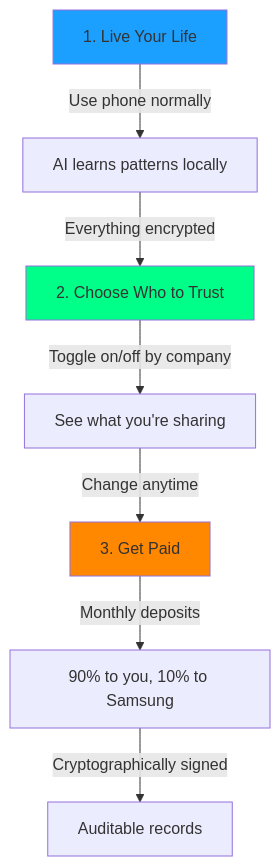
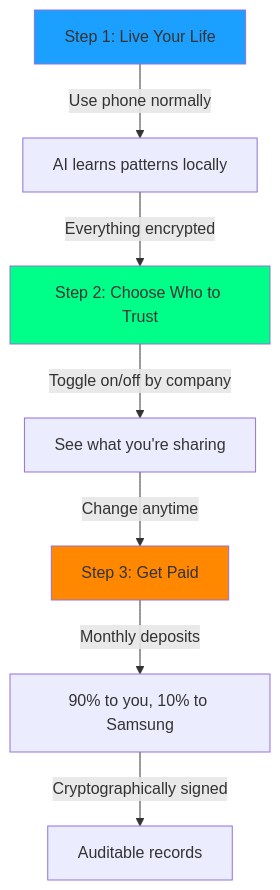
One commit to yxl74/AI_PITCH changed the fourth of 12 diagrams in pitch.md. Above: the diagram before and after it, drawn with Mermaid.

````diff
--- a/pitch.md
+++ b/pitch.md
@@ -158,13 +158,13 @@
 ```mermaid
 graph TD
-    A[1. Live Your Life] -->|Use phone normally| B[AI learns patterns locally]
-    B -->|Everything encrypted| C[2. Choose Who to Trust]
+    A[Step 1: Live Your Life] -->|Use phone normally| B[AI learns patterns locally]
+    B -->|Everything encrypted| C[Step 2: Choose Who to Trust]
     C -->|Toggle on/off by company| D[See what you're sharing]
-    D -->|Change anytime| E[3. Get Paid]
+    D -->|Change anytime| E[Step 3: Get Paid]
     E -->|Monthly deposits| F[90% to you, 10% to Samsung]
     F -->|Cryptographically signed| G[Auditable records]
     
     style A fill:#1ba0ff
     style C fill:#00ff88
     style E fill:#ff8800
 ```
````
